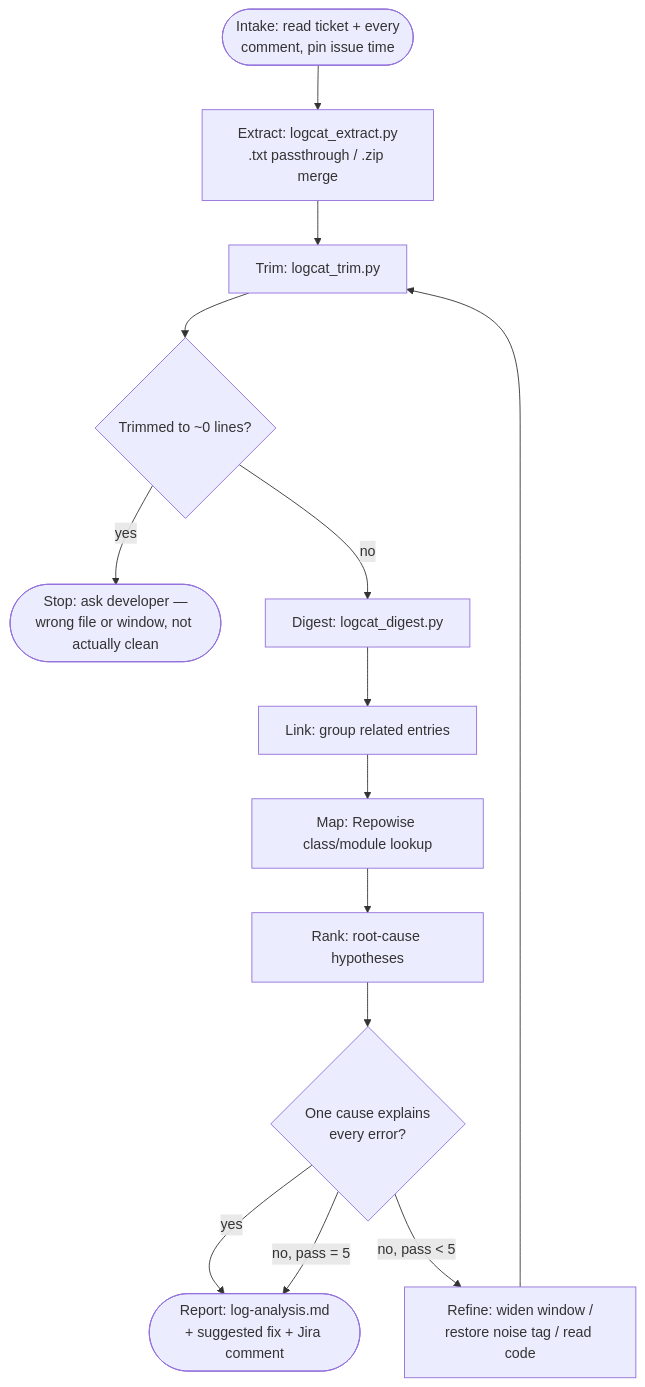
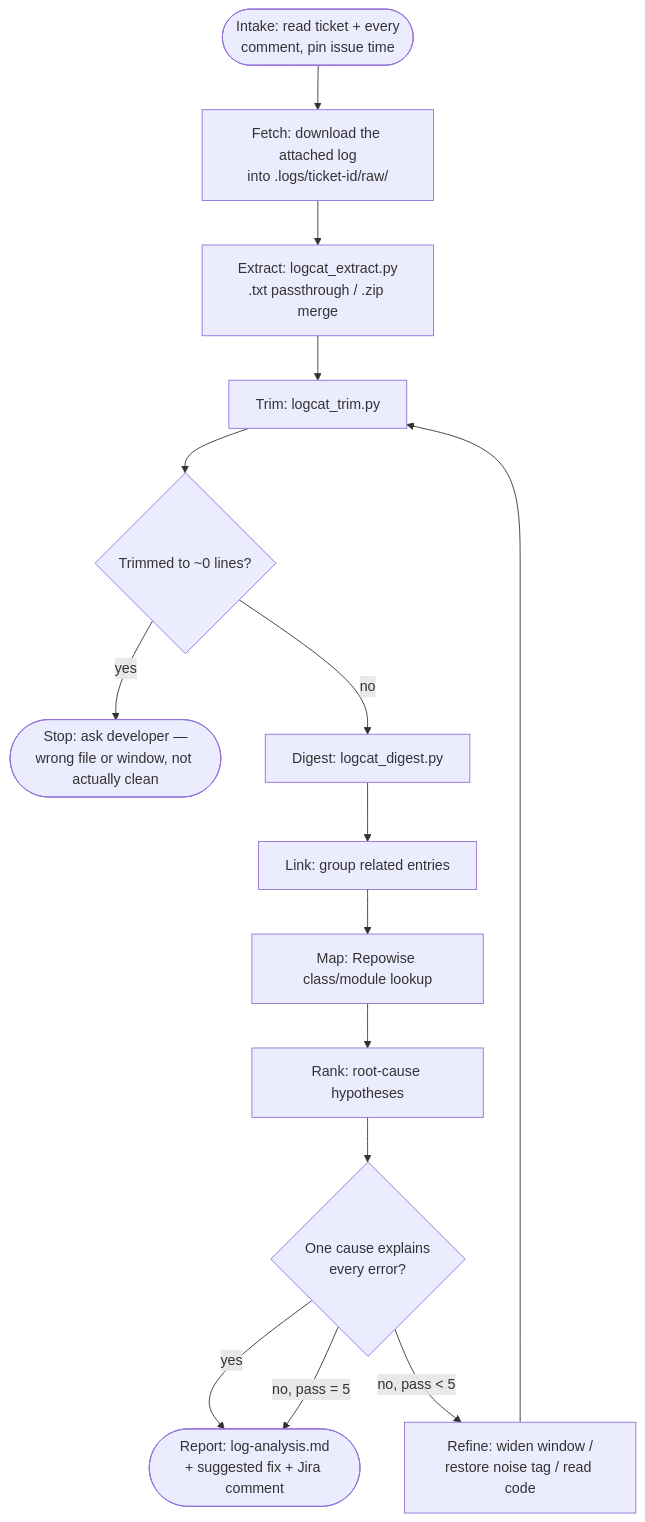
Before and after one commit to saraths-99/github-workflow: the second of 2 diagrams in docs/workflow-design.md, drawn with Mermaid. The commit also changed other lines of this file and 20 other files, not shown here.

````diff
--- a/docs/workflow-design.md
+++ b/docs/workflow-design.md
@@ -120,16 +120,17 @@
 ```mermaid
 flowchart TD
-    A([Intake: read ticket + every<br/>comment, pin issue time]) --> X[Extract: logcat_extract.py<br/>.txt passthrough / .zip merge]
+    A([Intake: read ticket + every<br/>comment, pin issue time]) --> W[Fetch: download the attached log<br/>into .logs/ticket-id/raw/]
+    W --> X[Extract: logcat_extract.py<br/>.txt passthrough / .zip merge]
     X --> B[Trim: logcat_trim.py]
     B --> BW{Trimmed to ~0 lines?}
     BW -- yes --> BWX([Stop: ask developer —<br/>wrong file or window, not actually clean])
     BW -- no --> C[Digest: logcat_digest.py]
     C --> D[Link: group related entries]
     D --> E[Map: Repowise class/module lookup]
     E --> F[Rank: root-cause hypotheses]
     F --> G{One cause explains<br/>every error?}
     G -- yes --> H([Report: log-analysis.md<br/>+ suggested fix + Jira comment])
     G -- no, pass < 5 --> I[Refine: widen window /<br/>restore noise tag / read code]
     I --> B
     G -- no, pass = 5 --> H
 ```
````
